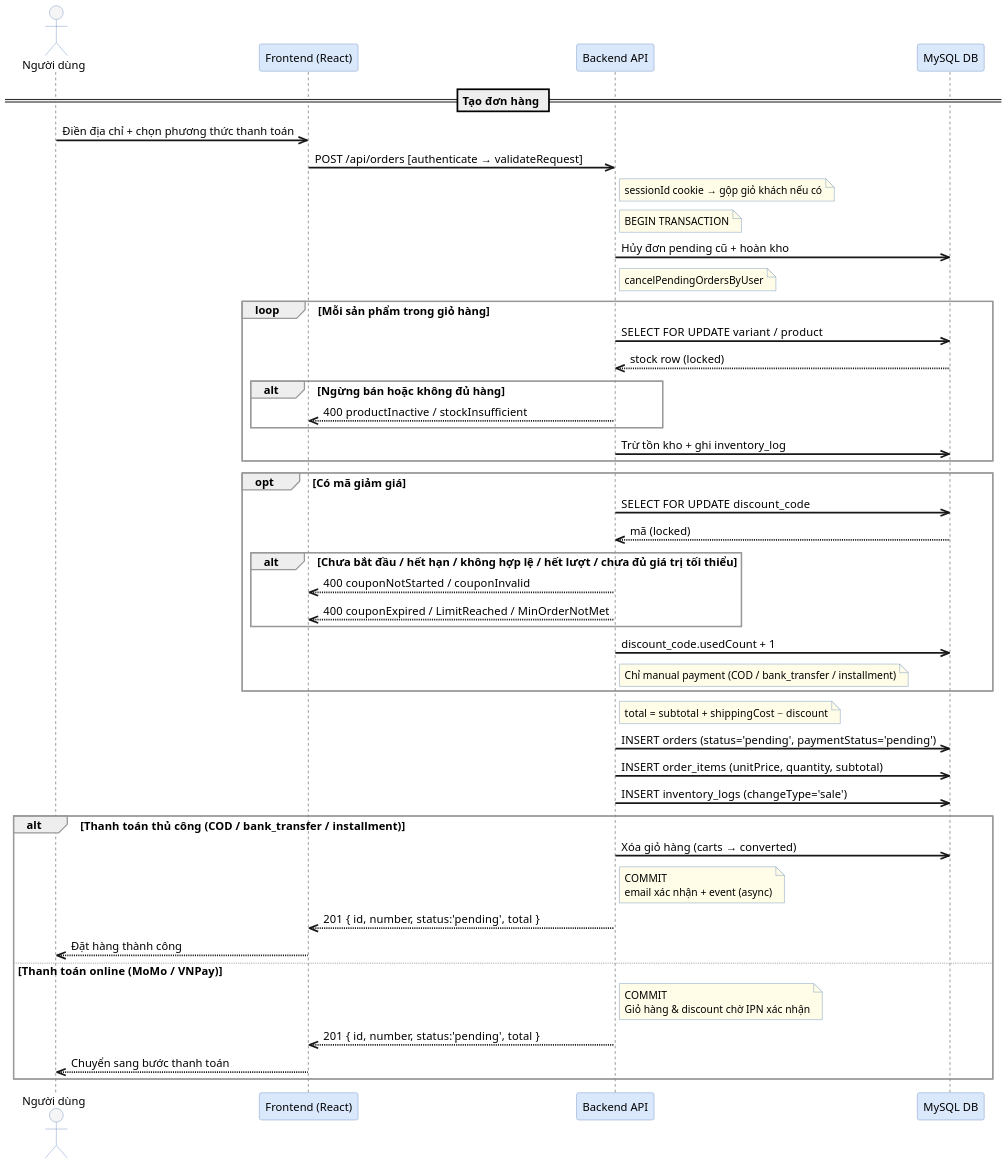
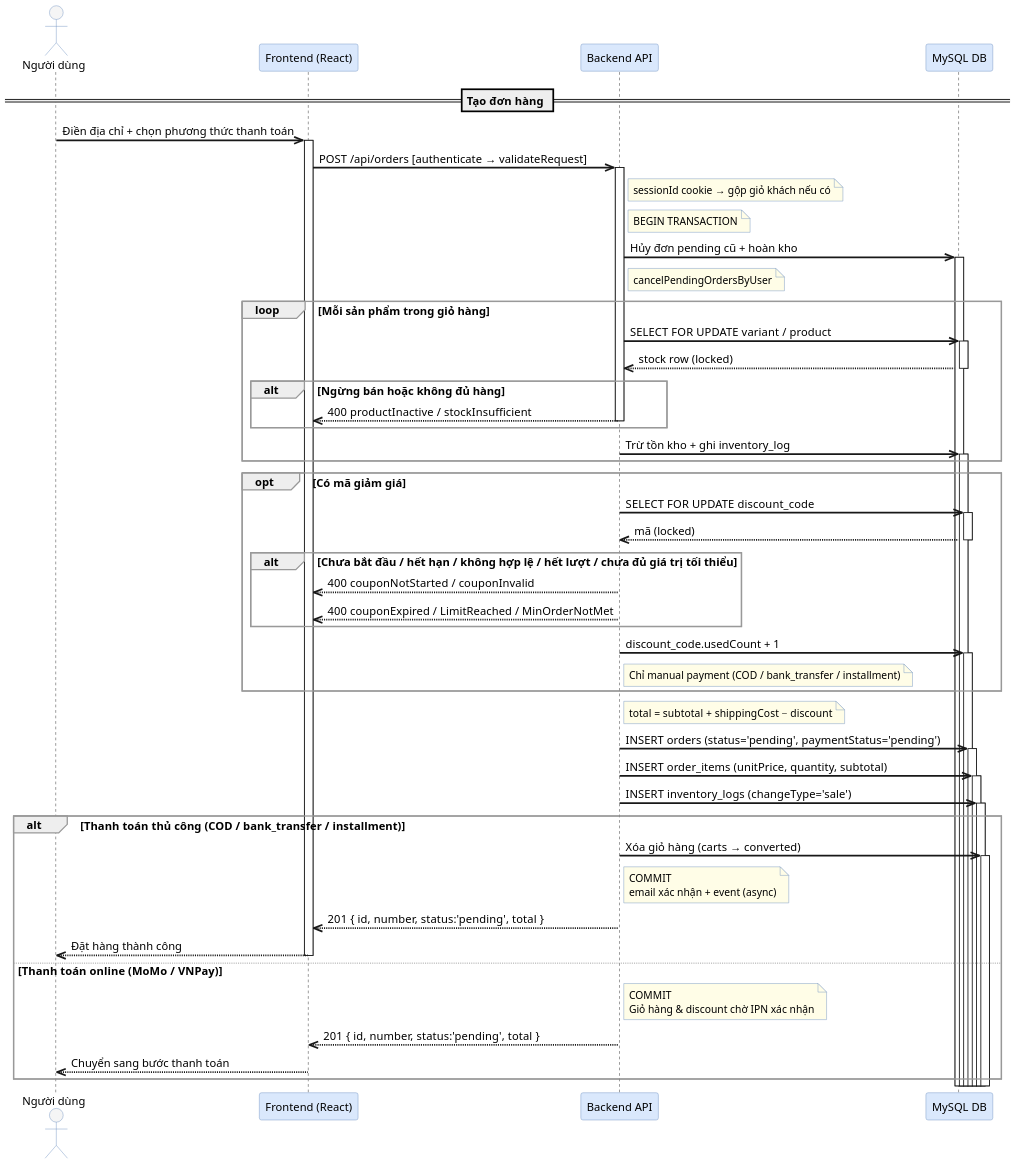
The diagram in diagrams/sequence/sequence-02a-checkout-create-order.puml (MinhThang1009/E-commerce-website), drawn with PlantUML before and after one commit. The commit also changed 32 other files, not shown here.

```diff
--- a/diagrams/sequence/sequence-02a-checkout-create-order.puml
+++ b/diagrams/sequence/sequence-02a-checkout-create-order.puml
@@ -1,85 +1,86 @@
 @startuml sequence-02a-checkout-create-order
+autoactivate on
 ' Sơ đồ sequence — Checkout (2a): Tạo đơn hàng (§3.2a)
 ' Ground-truth: orders-service.js:65-434, orders/routes.js, orders-controller.js
 
 skinparam backgroundColor #FFFFFF
 skinparam shadowing false
 skinparam dpi 150
 skinparam sequenceArrowThickness 2
 skinparam sequenceGroupBorderThickness 1.5
 skinparam sequenceGroupBorderColor #999999
 skinparam sequenceParticipant {
   BorderColor #6C8EBF
   BackgroundColor #DAE8FC
 }
 skinparam sequenceActor {
   BackgroundColor #f5f5f5
   BorderColor #6C8EBF
 }
 skinparam noteBorderColor #6C8EBF
 skinparam noteBackgroundColor #fffde7
 skinparam responseMessageBelowArrow true
 skinparam defaultFontSize 13
 skinparam noteFontSize 12
 skinparam sequenceParticipantFontSize 13
 
 actor "Người dùng" as User
 participant "Frontend (React)" as FE
 participant "Backend API" as API
 participant "MySQL DB" as DB
 
 == Tạo đơn hàng ==
 
 User ->> FE : Điền địa chỉ + chọn phương thức thanh toán
 FE ->> API : POST /api/orders  [authenticate → validateRequest]
 note right of API: sessionId cookie → gộp giỏ khách nếu có
 
 note right of API: BEGIN TRANSACTION
 
 API ->> DB : Hủy đơn pending cũ + hoàn kho
 note right of API: cancelPendingOrdersByUser
 
 loop Mỗi sản phẩm trong giỏ hàng
   API ->> DB : SELECT FOR UPDATE  variant / product
   DB -->> API : stock row (locked)
   alt Ngừng bán hoặc không đủ hàng
     API -->> FE : 400  productInactive / stockInsufficient
   end
   API ->> DB : Trừ tồn kho + ghi inventory_log
 end
 
 opt Có mã giảm giá
   API ->> DB : SELECT FOR UPDATE  discount_code
   DB -->> API : mã (locked)
   alt Chưa bắt đầu / hết hạn / không hợp lệ / hết lượt / chưa đủ giá trị tối thiểu
     API -->> FE : 400  couponNotStarted / couponInvalid
     API -->> FE : 400  couponExpired / LimitReached / MinOrderNotMet
   end
   API ->> DB : discount_code.usedCount + 1
   note right of API: Chỉ manual payment (COD / bank_transfer / installment)
 end
 
 note right of API: total = subtotal + shippingCost − discount
 
 API ->> DB : INSERT orders  (status='pending', paymentStatus='pending')
 API ->> DB : INSERT order_items  (unitPrice, quantity, subtotal)
 API ->> DB : INSERT inventory_logs  (changeType='sale')
 
 alt Thanh toán thủ công  (COD / bank_transfer / installment)
   API ->> DB : Xóa giỏ hàng  (carts → converted)
   note right of API
     COMMIT
     email xác nhận + event (async)
   end note
   API -->> FE : 201  { id, number, status:'pending', total }
   FE -->> User : Đặt hàng thành công
 else Thanh toán online  (MoMo / VNPay)
   note right of API
     COMMIT
     Giỏ hàng & discount chờ IPN xác nhận
   end note
   API -->> FE : 201  { id, number, status:'pending', total }
   FE -->> User : Chuyển sang bước thanh toán
 end
 
 @enduml
```
